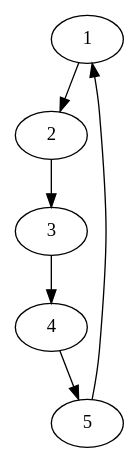
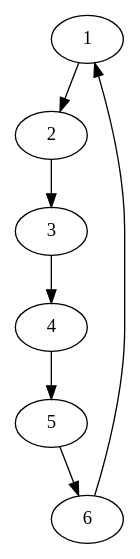
One commit to maelys-mcardle/adventure changed the diagram in examples/ottawa/entities/people/bank/values.dot. Above: the diagram before and after it, drawn with Graphviz. The commit also changed 9 other files, not shown here.

```diff
--- a/examples/ottawa/entities/people/bank/values.dot
+++ b/examples/ottawa/entities/people/bank/values.dot
@@ -1,3 +1,3 @@
 digraph events {
-  1 -> 2 -> 3 -> 4 -> 5 -> 1
+  1 -> 2 -> 3 -> 4 -> 5 -> 6 -> 1
 }
```
